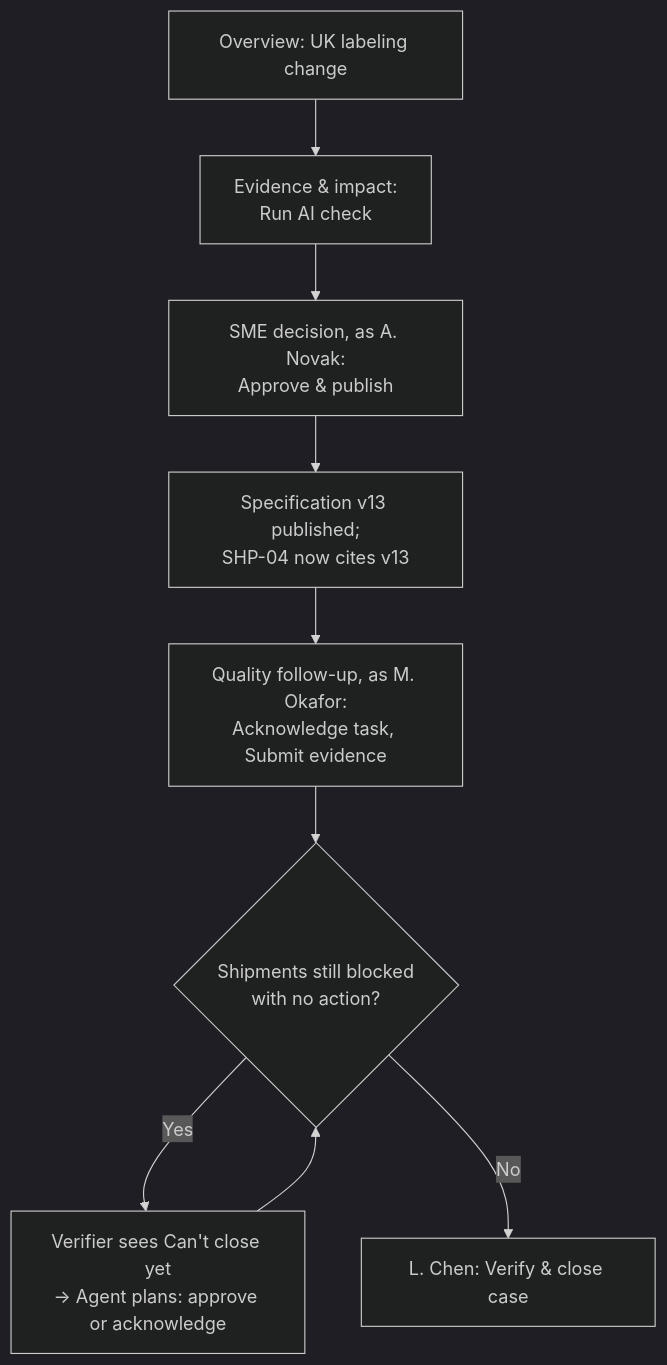
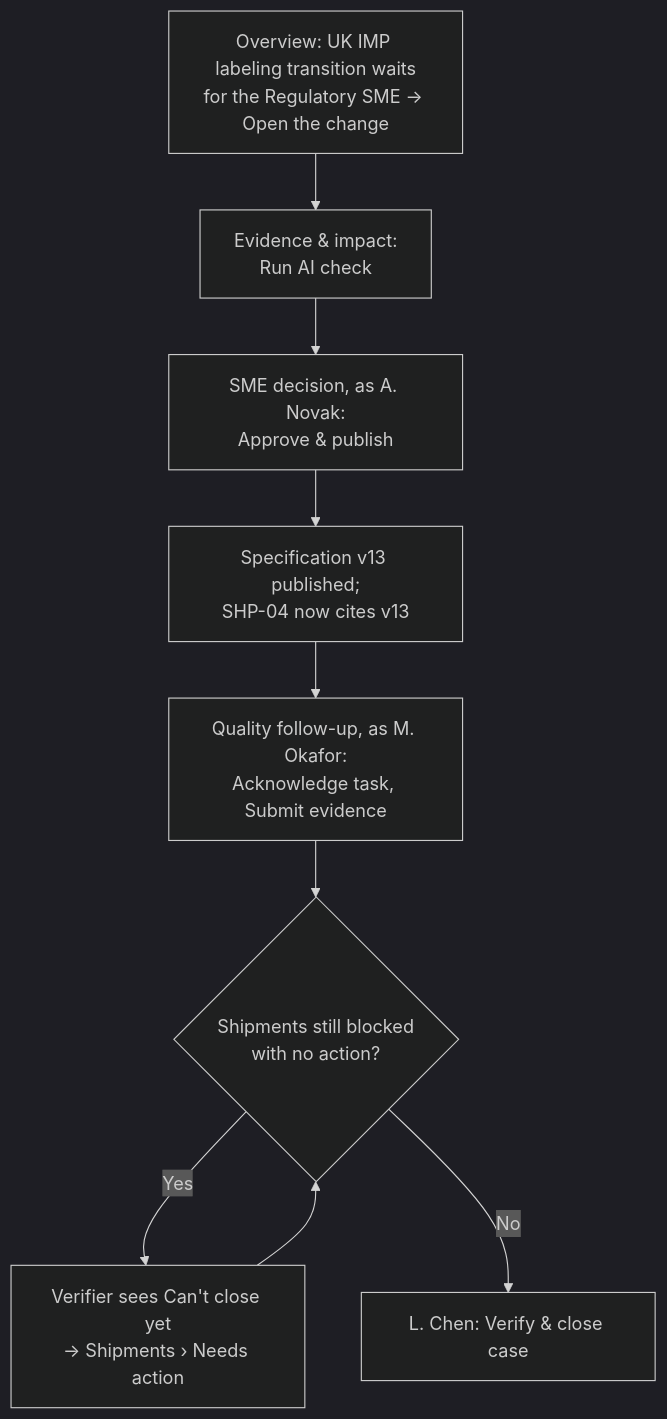
Before and after one commit to Gpanaritis/ClinRadar: the seventh of 7 diagrams in RegChain-AI-User-Journeys.md, drawn with Mermaid (dark theme). The commit also changed other lines of this file, not shown here.

````diff
--- a/RegChain-AI-User-Journeys.md
+++ b/RegChain-AI-User-Journeys.md
@@ -170,11 +332,11 @@
 ```mermaid
 flowchart TD
-  A[Overview: UK labeling change] --> B[Evidence & impact:<br/>Run AI check]
+  A[Overview: UK IMP labeling transition waits<br/>for the Regulatory SME → Open the change] --> B[Evidence & impact:<br/>Run AI check]
   B --> C[SME decision, as A. Novak:<br/>Approve & publish]
   C --> D[Specification v13 published;<br/>SHP-04 now cites v13]
   D --> E[Quality follow-up, as M. Okafor:<br/>Acknowledge task, Submit evidence]
   E --> F{Shipments still blocked<br/>with no action?}
-  F -->|Yes| G[Verifier sees Can't close yet<br/>→ Agent plans: approve or acknowledge]
+  F -->|Yes| G[Verifier sees Can't close yet<br/>→ Shipments › Needs action]
   G --> F
   F -->|No| H[L. Chen: Verify & close case]
 ```
````
